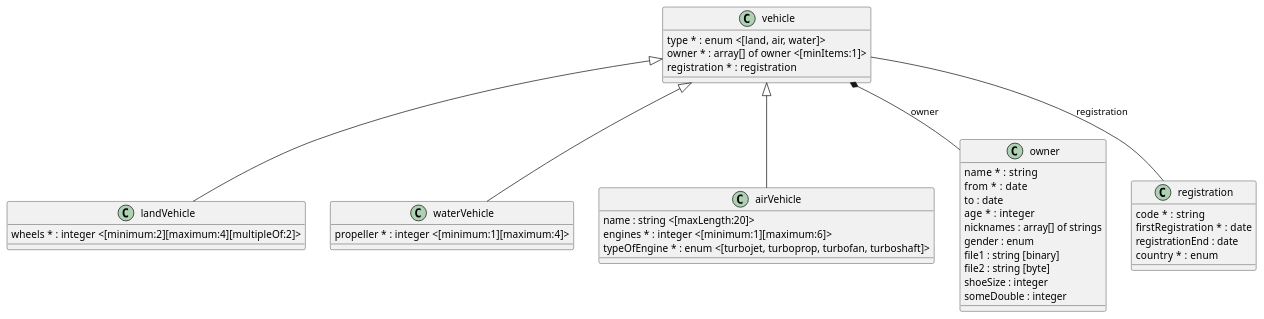
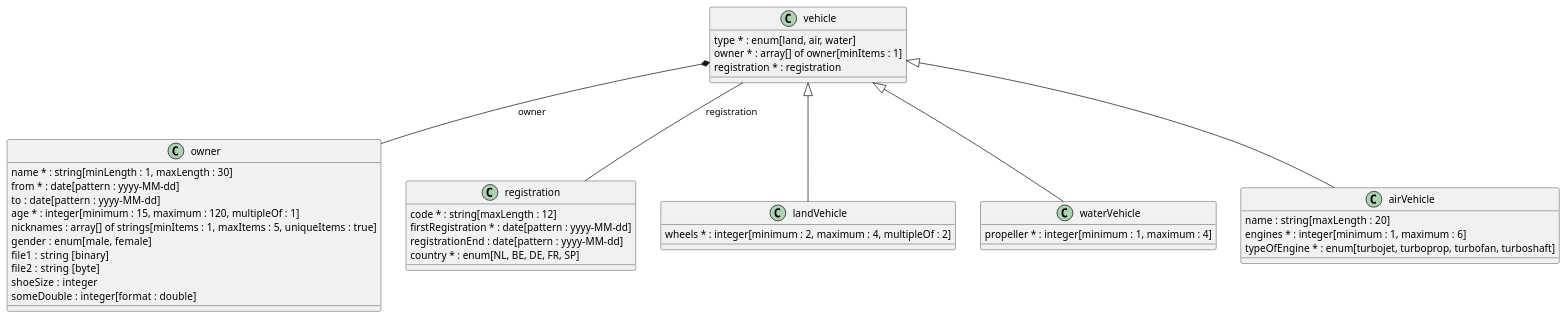
One commit to armand-janssen/openapi-transformer changed the diagram in example/vehicle-details.plantuml. Above: the diagram before and after it, drawn with PlantUML. The commit also changed 136 other files, not shown here.

```diff
--- a/example/vehicle-details.plantuml
+++ b/example/vehicle-details.plantuml
@@ -1,49 +1,53 @@
 @startuml
 
+class vehicle {
+  type * : enum[land, air, water]
+  owner * : array[] of owner[minItems : 1]
+  registration * : registration
+
+}
+vehicle *-- owner  :  owner
+vehicle -- registration  :  registration
+
 class landVehicle {
-  wheels *  : integer <[minimum:2][maximum:4][multipleOf:2]>
+  wheels * : integer[minimum : 2, maximum : 4, multipleOf : 2]
+
 }
 vehicle <|-- landVehicle
 
 class waterVehicle {
-  propeller *  : integer <[minimum:1][maximum:4]>
+  propeller * : integer[minimum : 1, maximum : 4]
+
 }
 vehicle <|-- waterVehicle
 
 class airVehicle {
-  name : string <[maxLength:20]>
-  engines *  : integer <[minimum:1][maximum:6]>
-  typeOfEngine *  : enum <[turbojet, turboprop, turbofan, turboshaft]>
+  name  : string[maxLength : 20]
+  engines * : integer[minimum : 1, maximum : 6]
+  typeOfEngine * : enum[turbojet, turboprop, turbofan, turboshaft]
+
 }
 vehicle <|-- airVehicle
 
-class vehicle {
-  type *  : enum <[land, air, water]>
-  owner *  : array[] of owner <[minItems:1]>
-  registration *  : registration 
-}
+class owner {
+  name * : string[minLength : 1, maxLength : 30]
+  from * : date[pattern : yyyy-MM-dd]
+  to  : date[pattern : yyyy-MM-dd]
+  age * : integer[minimum : 15, maximum : 120, multipleOf : 1]
+  nicknames  : array[] of strings[minItems : 1, maxItems : 5, uniqueItems : true]
+  gender  : enum[male, female]
+  file1  : string [binary]
+  file2  : string [byte]
+  shoeSize  : integer
+  someDouble  : integer[format : double]
 
-vehicle *-- owner : owner
-
-vehicle -- registration : registration
-
-class owner {
-  name *  : string 
-  from *  : date 
-  to : date 
-  age *  : integer 
-  nicknames : array[] of strings 
-  gender : enum 
-  file1 : string [binary] 
-  file2 : string [byte] 
-  shoeSize : integer 
-  someDouble : integer 
 }
 
 class registration {
-  code *  : string 
-  firstRegistration *  : date 
-  registrationEnd : date 
-  country *  : enum 
+  code * : string[maxLength : 12]
+  firstRegistration * : date[pattern : yyyy-MM-dd]
+  registrationEnd  : date[pattern : yyyy-MM-dd]
+  country * : enum[NL, BE, DE, FR, SP]
+
 }
 @enduml
```
